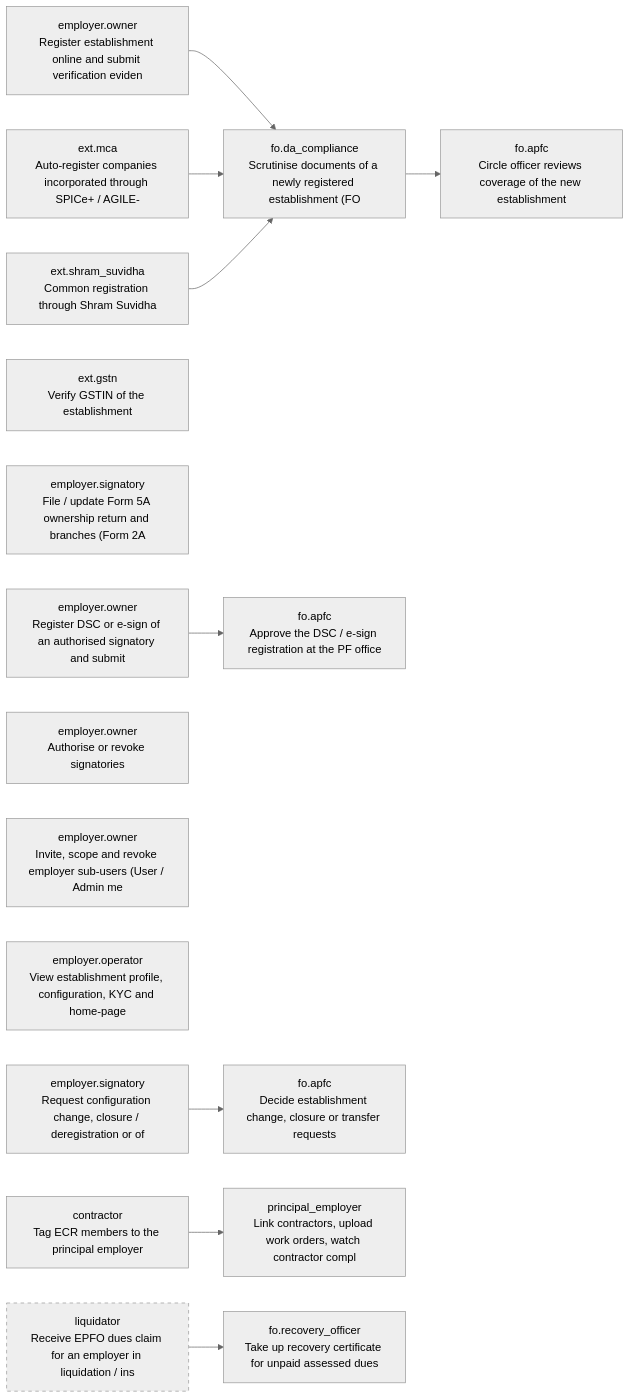
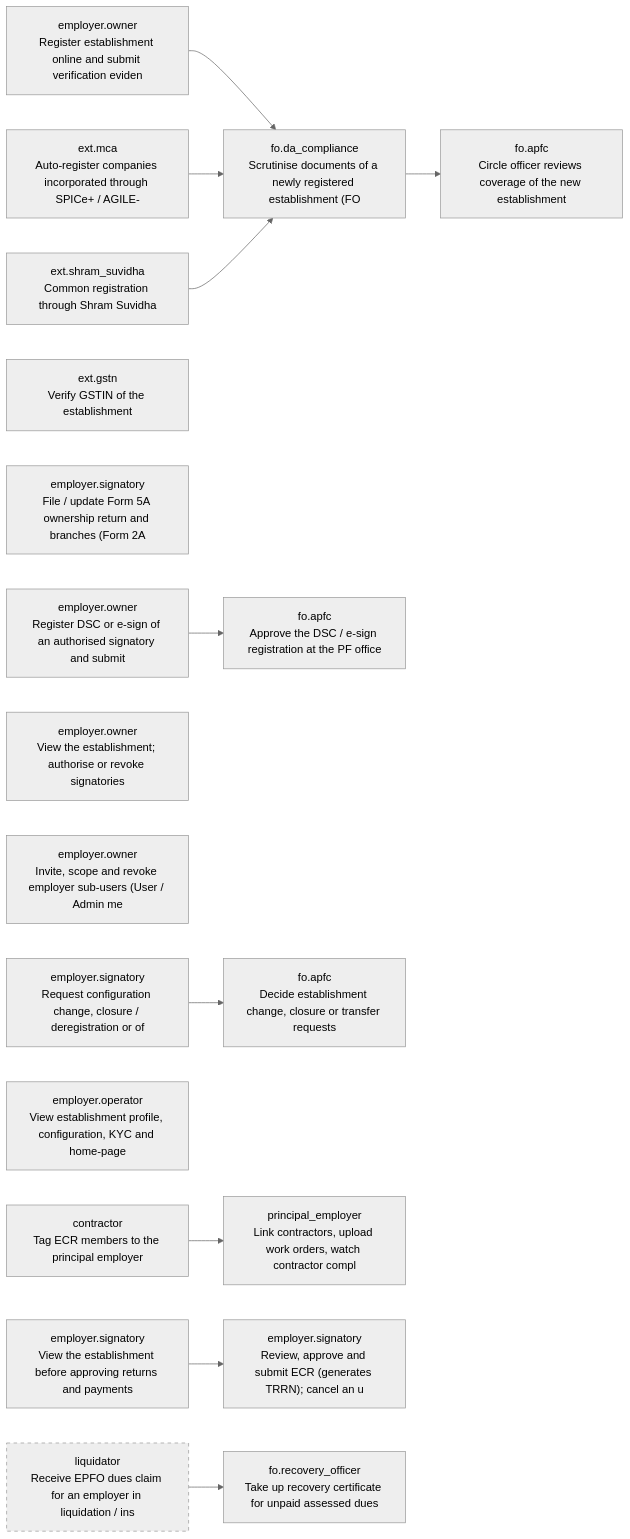
The first of 14 diagrams in docs/stakeholder-api-sets.md (gauravmeena0708/pf-life), drawn with Mermaid (neutral theme) before and after one commit. The commit also changed other lines of this file and 41 other files, not shown here.

````diff
--- a/docs/stakeholder-api-sets.md
+++ b/docs/stakeholder-api-sets.md
@@ -1287,30 +1292,33 @@
 ```mermaid
 flowchart LR
   F01_register["employer.owner<br/>Register establishment online and submit verification eviden"]
   F01_mca_autoreg["ext.mca<br/>Auto-register companies incorporated through SPICe+ / AGILE-"]
   F01_ssp_reg["ext.shram_suvidha<br/>Common registration through Shram Suvidha"]
   F01_kyc_registry["ext.gstn<br/>Verify GSTIN of the establishment"]
   F01_olre_scrutiny["fo.da_compliance<br/>Scrutinise documents of a newly registered establishment (FO"]
   F01_circle_review["fo.apfc<br/>Circle officer reviews coverage of the new establishment"]
   F01_form5a["employer.signatory<br/>File / update Form 5A ownership return and branches (Form 2A"]
   F01_dsc_register["employer.owner<br/>Register DSC or e-sign of an authorised signatory and submit"]
   F01_dsc_approve["fo.apfc<br/>Approve the DSC / e-sign registration at the PF office"]
-  F01_signatories["employer.owner<br/>Authorise or revoke signatories"]
+  F01_signatories["employer.owner<br/>View the establishment; authorise or revoke signatories"]
   F01_operators["employer.owner<br/>Invite, scope and revoke employer sub-users (User / Admin me"]
+  F01_signatory_profile["employer.signatory<br/>View the establishment before approving returns and payments"]
   F01_profile["employer.operator<br/>View establishment profile, configuration, KYC and home-page"]
   F01_change_request["employer.signatory<br/>Request configuration change, closure / deregistration or of"]
   F01_change_decide["fo.apfc<br/>Decide establishment change, closure or transfer requests"]
   F01_contractors["principal_employer<br/>Link contractors, upload work orders, watch contractor compl"]
   F01_contractor_tag["contractor<br/>Tag ECR members to the principal employer"]
   F01_liquidation["liquidator<br/>Receive EPFO dues claim for an employer in liquidation / ins"]
   style F01_liquidation stroke-dasharray: 5 5
   F01_register --> F01_olre_scrutiny
   F01_mca_autoreg --> F01_olre_scrutiny
   F01_ssp_reg --> F01_olre_scrutiny
   F01_olre_scrutiny --> F01_circle_review
   F01_dsc_register --> F01_dsc_approve
+  F03_ecr_approve["employer.signatory<br/>Review, approve and submit ECR (generates TRRN); cancel an u"]
+  F01_signatory_profile --> F03_ecr_approve
   F01_change_request --> F01_change_decide
   F01_contractor_tag --> F01_contractors
   F06_recovery["fo.recovery_officer<br/>Take up recovery certificate for unpaid assessed dues"]
   F01_liquidation --> F06_recovery
 ```
````
